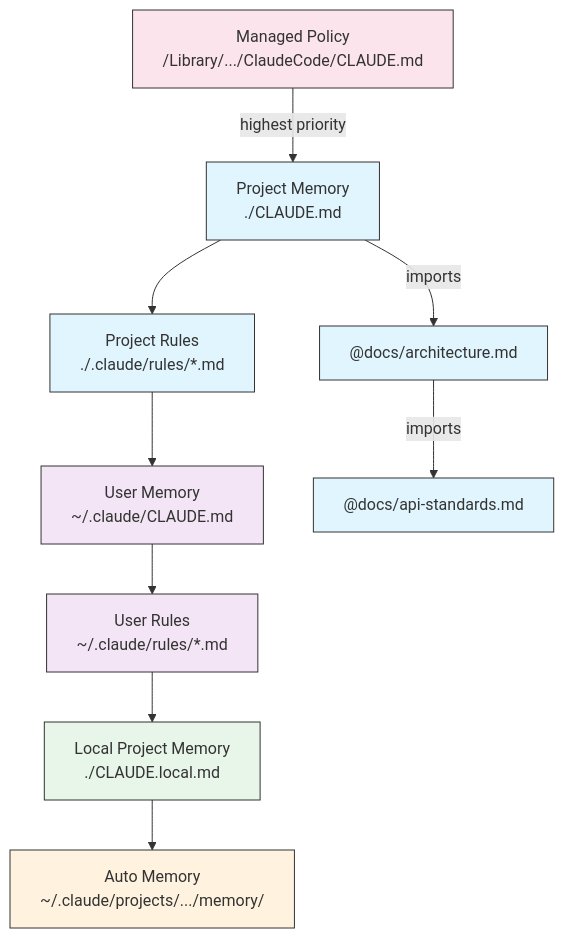
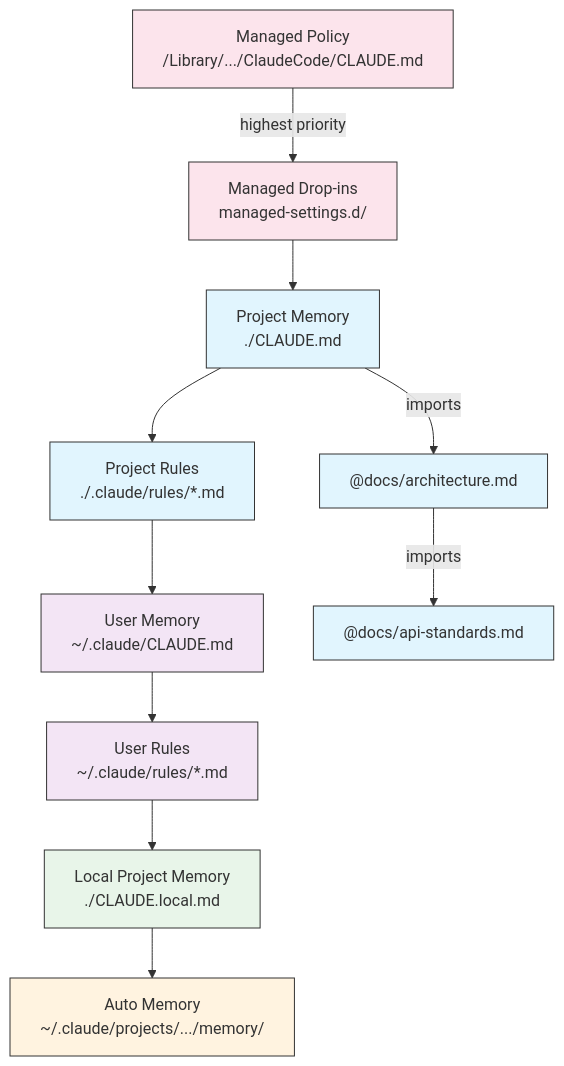
The second of 5 diagrams in 02-memory/README.md (omnimasudo/croft-howto), drawn with Mermaid before and after one commit. The commit also changed other lines of this file and 20 other files, not shown here.

First line of the commit message:
docs: Sync all tutorials and references with Claude Code v2.1.84

````diff
--- a/02-memory/README.md
+++ b/02-memory/README.md
@@ -249,22 +260,24 @@
 ```mermaid
 graph TD
-    A["Managed Policy<br/>/Library/.../ClaudeCode/CLAUDE.md"] -->|highest priority| B["Project Memory<br/>./CLAUDE.md"]
+    A["Managed Policy<br/>/Library/.../ClaudeCode/CLAUDE.md"] -->|highest priority| A2["Managed Drop-ins<br/>managed-settings.d/"]
+    A2 --> B["Project Memory<br/>./CLAUDE.md"]
     B --> C["Project Rules<br/>./.claude/rules/*.md"]
     C --> D["User Memory<br/>~/.claude/CLAUDE.md"]
     D --> E["User Rules<br/>~/.claude/rules/*.md"]
     E --> F["Local Project Memory<br/>./CLAUDE.local.md"]
     F --> G["Auto Memory<br/>~/.claude/projects/.../memory/"]
 
     B -->|imports| H["@docs/architecture.md"]
     H -->|imports| I["@docs/api-standards.md"]
 
     style A fill:#fce4ec,stroke:#333,color:#333
+    style A2 fill:#fce4ec,stroke:#333,color:#333
     style B fill:#e1f5fe,stroke:#333,color:#333
     style C fill:#e1f5fe,stroke:#333,color:#333
     style D fill:#f3e5f5,stroke:#333,color:#333
     style E fill:#f3e5f5,stroke:#333,color:#333
     style F fill:#e8f5e9,stroke:#333,color:#333
     style G fill:#fff3e0,stroke:#333,color:#333
     style H fill:#e1f5fe,stroke:#333,color:#333
     style I fill:#e1f5fe,stroke:#333,color:#333
 ```
````
